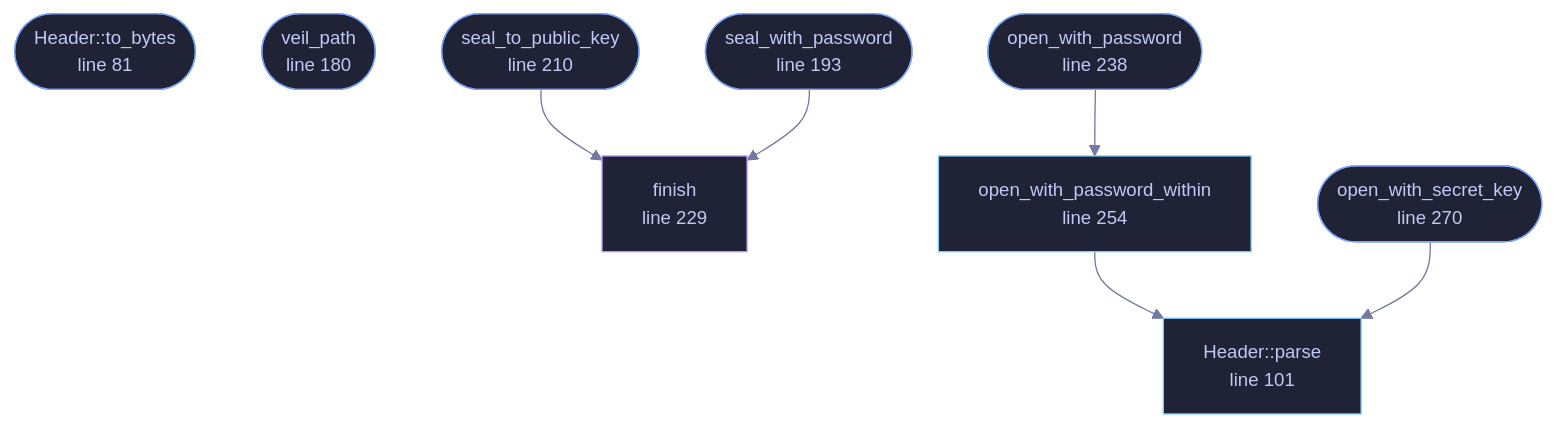
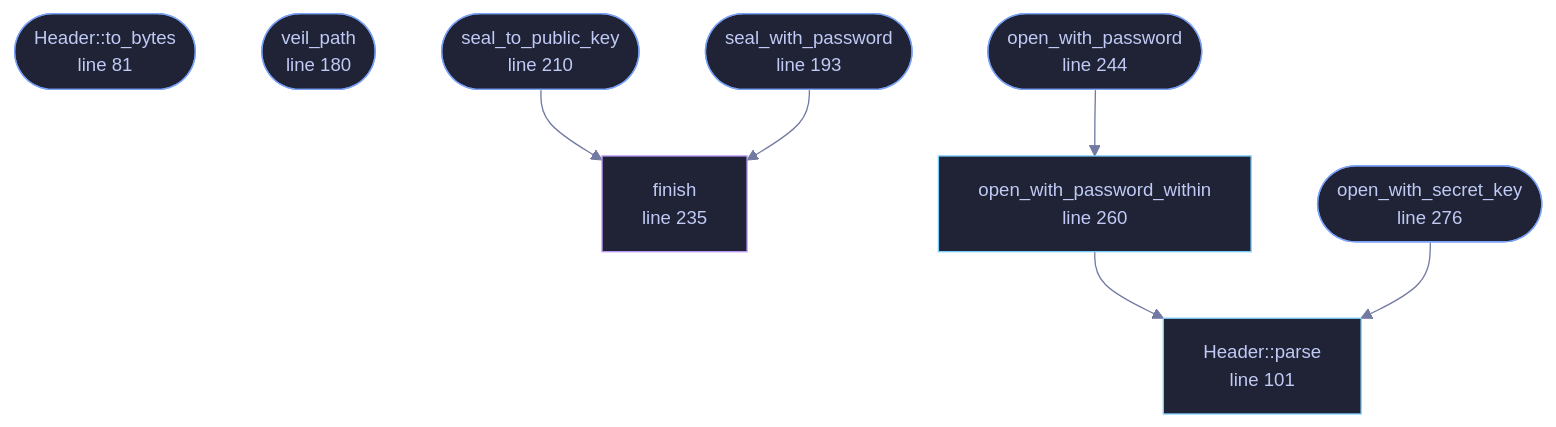
The diagram in docs/files/veilvoice-crypto/container.md (tilas01/veilvoice), drawn with Mermaid before and after one commit. The commit also changed other lines of this file and 528 other files, not shown here.

````diff
--- a/docs/files/veilvoice-crypto/container.md
+++ b/docs/files/veilvoice-crypto/container.md
@@ -102,33 +102,33 @@
 ```mermaid
 %%{init: {"theme":"base","themeVariables":{"background":"#1a1b26","primaryColor":"#1f2335","primaryTextColor":"#c0caf5","primaryBorderColor":"#7aa2f7","secondaryColor":"#16161e","tertiaryColor":"#16161e","lineColor":"#737aa2","textColor":"#c0caf5","mainBkg":"#1f2335","nodeBorder":"#7aa2f7","clusterBkg":"#16161e","clusterBorder":"#2f3549","fontFamily":"ui-monospace, SFMono-Regular, Consolas, monospace","fontSize":"14px"}}}%%
 flowchart TD
     n_to_bytes(["Header::to_bytes<br/>line 81"])
     n_parse["Header::parse<br/>line 101"]
     n_veil_path(["veil_path<br/>line 180"])
     n_seal_with_password(["seal_with_password<br/>line 193"])
     n_seal_to_public_key(["seal_to_public_key<br/>line 210"])
-    n_finish["finish<br/>line 229"]
-    n_open_with_password(["open_with_password<br/>line 238"])
-    n_open_with_password_within["open_with_password_within<br/>line 254"]
-    n_open_with_secret_key(["open_with_secret_key<br/>line 270"])
+    n_finish["finish<br/>line 235"]
+    n_open_with_password(["open_with_password<br/>line 244"])
+    n_open_with_password_within["open_with_password_within<br/>line 260"]
+    n_open_with_secret_key(["open_with_secret_key<br/>line 276"])
     n_open_with_password --> n_open_with_password_within
     n_open_with_password_within --> n_parse
     n_open_with_secret_key --> n_parse
     n_seal_to_public_key --> n_finish
     n_seal_with_password --> n_finish
     click n_to_bytes href "https://github.com/tilas01/veilvoice/blob/main/crates/veilvoice-crypto/src/container.rs#L81" "open the source"
     click n_parse href "https://github.com/tilas01/veilvoice/blob/main/crates/veilvoice-crypto/src/container.rs#L101" "open the source"
     click n_veil_path href "https://github.com/tilas01/veilvoice/blob/main/crates/veilvoice-crypto/src/container.rs#L180" "open the source"
     click n_seal_with_password href "https://github.com/tilas01/veilvoice/blob/main/crates/veilvoice-crypto/src/container.rs#L193" "open the source"
     click n_seal_to_public_key href "https://github.com/tilas01/veilvoice/blob/main/crates/veilvoice-crypto/src/container.rs#L210" "open the source"
-    click n_finish href "https://github.com/tilas01/veilvoice/blob/main/crates/veilvoice-crypto/src/container.rs#L229" "open the source"
-    click n_open_with_password href "https://github.com/tilas01/veilvoice/blob/main/crates/veilvoice-crypto/src/container.rs#L238" "open the source"
-    click n_open_with_password_within href "https://github.com/tilas01/veilvoice/blob/main/crates/veilvoice-crypto/src/container.rs#L254" "open the source"
-    click n_open_with_secret_key href "https://github.com/tilas01/veilvoice/blob/main/crates/veilvoice-crypto/src/container.rs#L270" "open the source"
+    click n_finish href "https://github.com/tilas01/veilvoice/blob/main/crates/veilvoice-crypto/src/container.rs#L235" "open the source"
+    click n_open_with_password href "https://github.com/tilas01/veilvoice/blob/main/crates/veilvoice-crypto/src/container.rs#L244" "open the source"
+    click n_open_with_password_within href "https://github.com/tilas01/veilvoice/blob/main/crates/veilvoice-crypto/src/container.rs#L260" "open the source"
+    click n_open_with_secret_key href "https://github.com/tilas01/veilvoice/blob/main/crates/veilvoice-crypto/src/container.rs#L276" "open the source"
     classDef entry fill:#1f2335,stroke:#7aa2f7,color:#c0caf5
     class n_to_bytes,n_veil_path,n_seal_with_password,n_seal_to_public_key,n_open_with_password,n_open_with_secret_key entry
     classDef api fill:#1f2335,stroke:#7dcfff,color:#c0caf5
     class n_parse,n_open_with_password_within api
     classDef helper fill:#1f2335,stroke:#bb9af7,color:#c0caf5
     class n_finish helper
 ```
````
